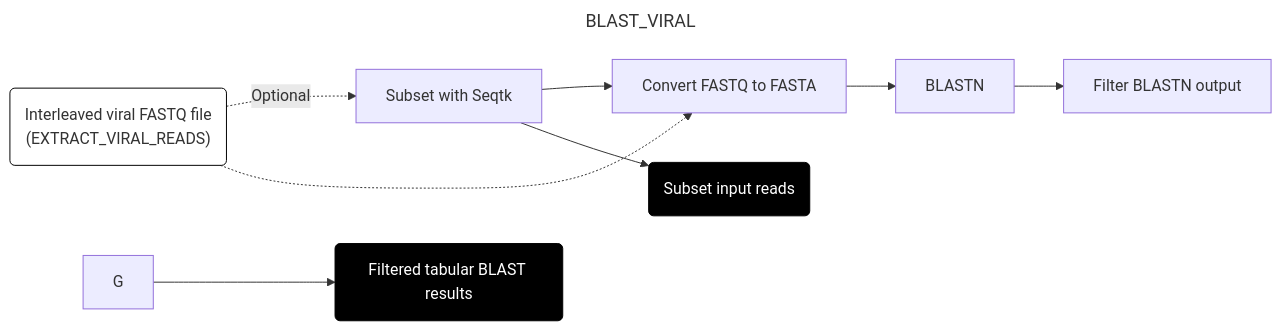
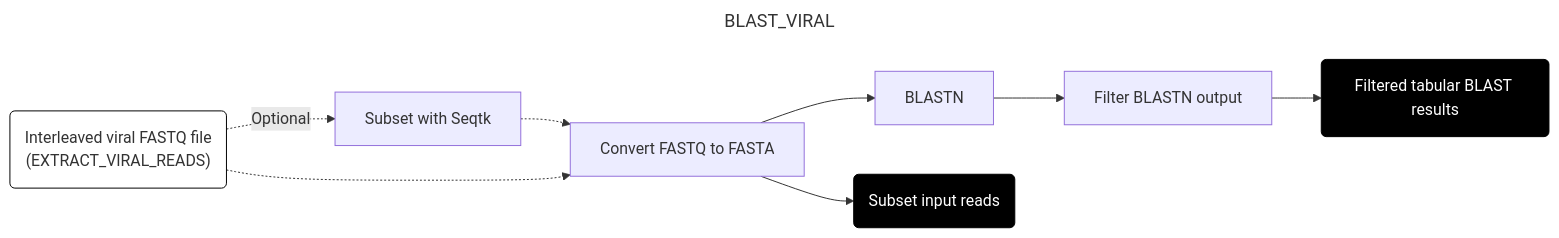
Before and after one commit to naobservatory/mgs-workflow: the seventh of 8 diagrams in docs/run.md, drawn with Mermaid. The commit also changed other lines of this file, not shown here.

Commit message:
More work on docs/run.md

````diff
--- a/docs/run.md
+++ b/docs/run.md
@@ -242,18 +242,18 @@
 ```mermaid
 ---
 title: BLAST_VIRAL
 config:
   layout: horizontal
 ---
 flowchart LR
 A("Interleaved viral FASTQ file<br>(EXTRACT_VIRAL_READS)") -.-> |Optional|B[Subset with Seqtk]
-B --> C[Convert FASTQ to FASTA]
+B -.-> C[Convert FASTQ to FASTA]
 A -.-> C
 C --> D[BLASTN]
 D --> E[Filter BLASTN output]
-G --> H(Filtered tabular BLAST results)
-B --> I(Subset input reads)
+E --> H(Filtered tabular BLAST results)
+C --> I(Subset input reads)
 style A fill:#fff,stroke:#000
 style H fill:#000,color:#fff,stroke:#000
 style I fill:#000,color:#fff,stroke:#000
 ```
````
